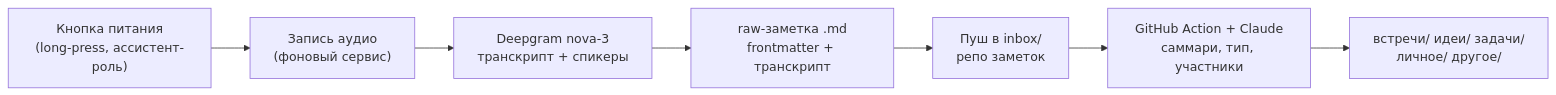
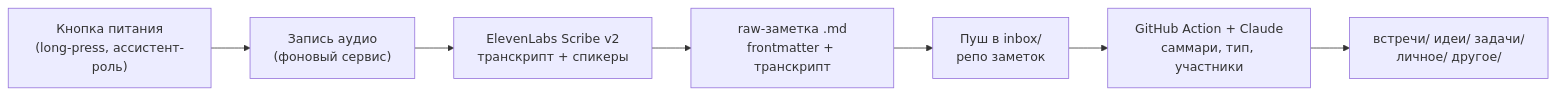
One commit to Roflochinsky/noteapp changed the diagram in README.md. Above: the diagram before and after it, drawn with Mermaid. The commit also changed other lines of this file and 11 other files, not shown here.

First line of the commit message:
v3 срез 1: заметка распознаётся ElevenLabs Scribe v2 (bd nikitatrubaev-u4g.1)

````diff
--- a/README.md
+++ b/README.md
@@ -12,9 +12,9 @@
 ```mermaid
 flowchart LR
     A["Кнопка питания<br/>(long-press, ассистент-роль)"] --> B["Запись аудио<br/>(фоновый сервис)"]
-    B --> C["Deepgram nova-3<br/>транскрипт + спикеры"]
+    B --> C["ElevenLabs Scribe v2<br/>транскрипт + спикеры"]
     C --> D["raw-заметка .md<br/>frontmatter + транскрипт"]
     D --> E["Пуш в inbox/<br/>репо заметок"]
     E --> F["GitHub Action + Claude<br/>саммари, тип, участники"]
     F --> G["встречи/ идеи/ задачи/<br/>личное/ другое/"]
 ```
````
